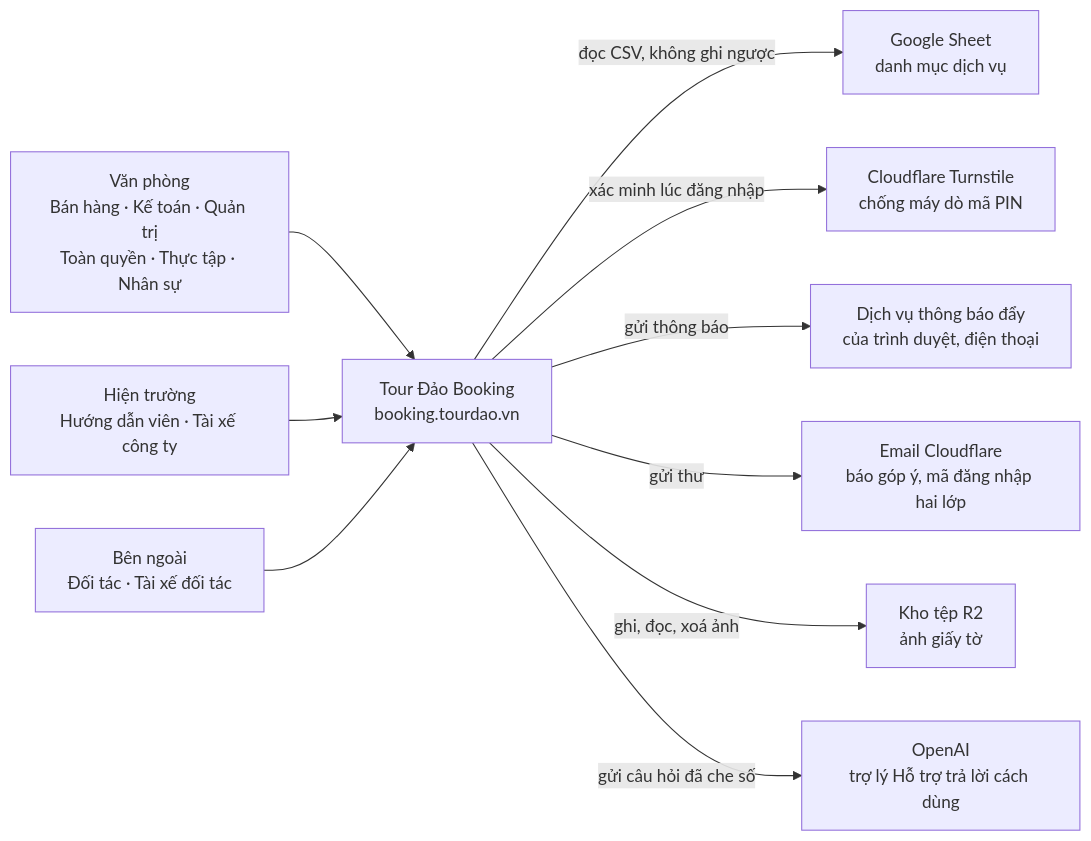
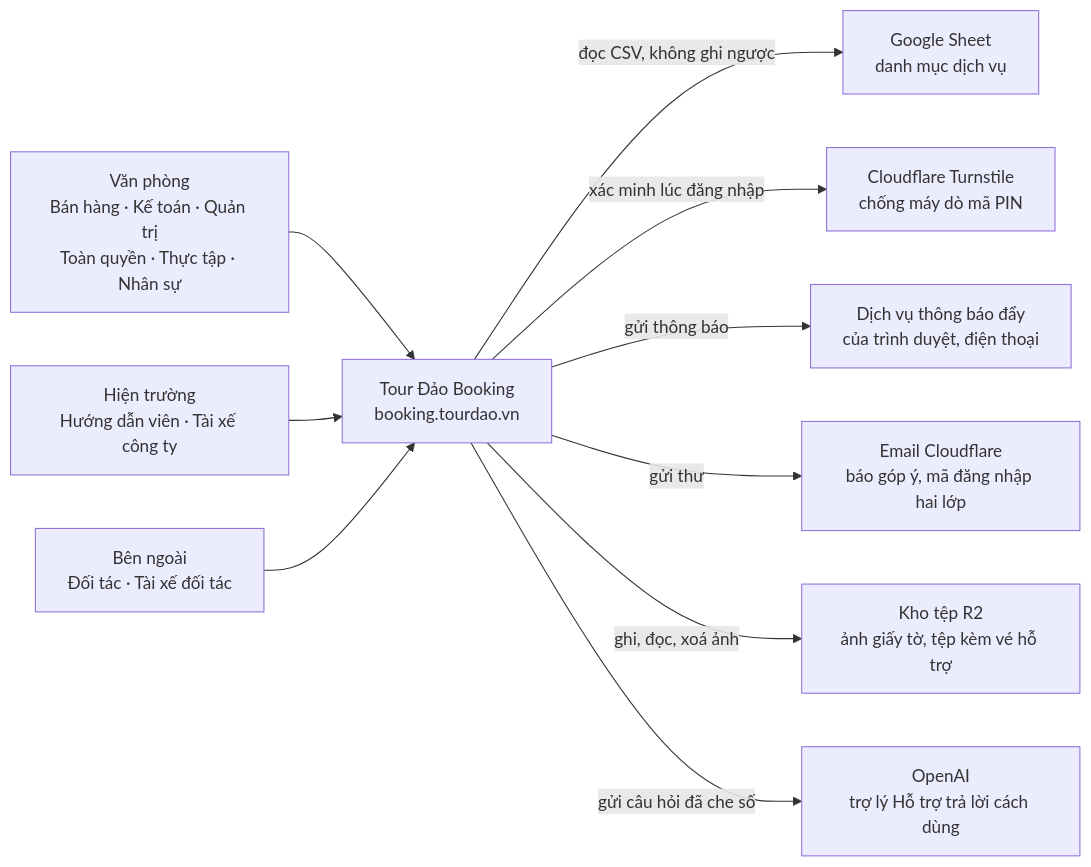
Before and after one commit to luutuanvu1010/tourdaobooking: the first of 5 diagrams in docs/so-do-kien-truc/README.md, drawn with Mermaid. The commit also changed other lines of this file and 13 other files, not shown here.

First line of the commit message:
Tệp kèm vé hỗ trợ: kiểm Chrome + e2e, tài liệu, sổ hàng rào, nhật ký 2.39 tạm (ADR-0144)

````diff
--- a/docs/so-do-kien-truc/README.md
+++ b/docs/so-do-kien-truc/README.md
@@ -82,22 +82,22 @@
 ```mermaid
 flowchart LR
   VP["Văn phòng<br/>Bán hàng · Kế toán · Quản trị<br/>Toàn quyền · Thực tập · Nhân sự"]
   HT["Hiện trường<br/>Hướng dẫn viên · Tài xế công ty"]
   BN["Bên ngoài<br/>Đối tác · Tài xế đối tác"]
   TDB["Tour Đảo Booking<br/>booking.tourdao.vn"]
   GS["Google Sheet<br/>danh mục dịch vụ"]
   TS["Cloudflare Turnstile<br/>chống máy dò mã PIN"]
   WP["Dịch vụ thông báo đẩy<br/>của trình duyệt, điện thoại"]
   EM["Email Cloudflare<br/>báo góp ý, mã đăng nhập hai lớp"]
-  KT["Kho tệp R2<br/>ảnh giấy tờ"]
+  KT["Kho tệp R2<br/>ảnh giấy tờ, tệp kèm vé hỗ trợ"]
   AI["OpenAI<br/>trợ lý Hỗ trợ trả lời cách dùng"]
   VP --> TDB
   HT --> TDB
   BN --> TDB
   TDB -->|"đọc CSV, không ghi ngược"| GS
   TDB -->|"xác minh lúc đăng nhập"| TS
   TDB -->|"gửi thông báo"| WP
   TDB -->|"gửi thư"| EM
   TDB -->|"ghi, đọc, xoá ảnh"| KT
   TDB -->|"gửi câu hỏi đã che số"| AI
 ```
````
